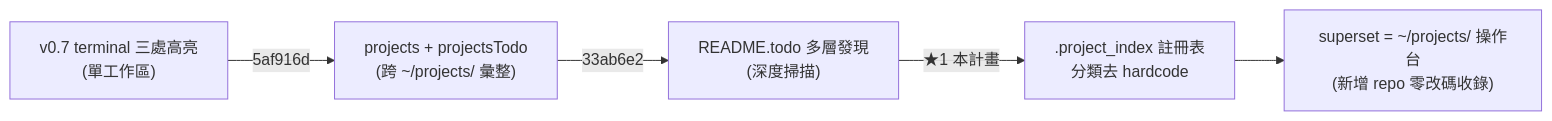
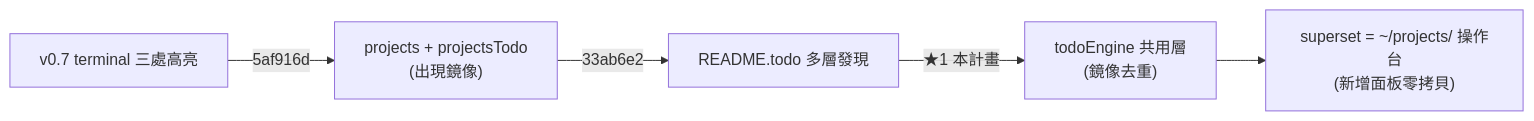
Before and after one commit to BizShuk/superset: the diagram in plans/2026-07-08-business-scope-evaluation.md, drawn with Mermaid. The commit also changed other lines of this file and 5 other files, not shown here.

````diff
--- a/plans/2026-07-08-business-scope-evaluation.md
+++ b/plans/2026-07-08-business-scope-evaluation.md
@@ -62,7 +71,7 @@
 ```mermaid
 flowchart LR
-    A["v0.7 terminal 三處高亮<br/>(單工作區)"] -->|"5af916d"| B["projects + projectsTodo<br/>(跨 ~/projects/ 彙整)"]
-    B -->|"33ab6e2"| C["README.todo 多層發現<br/>(深度掃描)"]
-    C -->|"★1 本計畫"| D[".project_index 註冊表<br/>分類去 hardcode"]
-    D --> E["superset = ~/projects/ 操作台<br/>(新增 repo 零改碼收錄)"]
+    A["v0.7 terminal 三處高亮"] -->|"5af916d"| B["projects + projectsTodo<br/>(出現鏡像)"]
+    B -->|"33ab6e2"| C["README.todo 多層發現"]
+    C -->|"★1 本計畫"| D["todoEngine 共用層<br/>(鏡像去重)"]
+    D --> E["superset = ~/projects/ 操作台<br/>(新增面板零拷貝)"]
 ```
````
